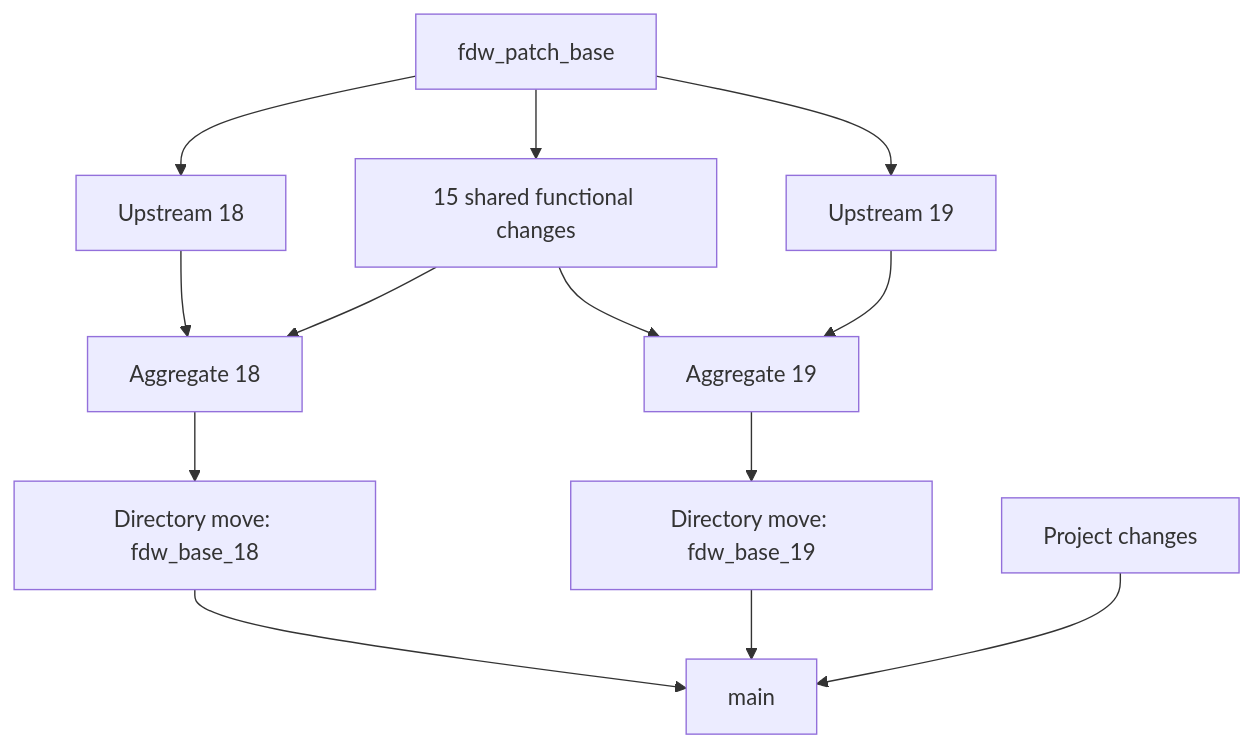
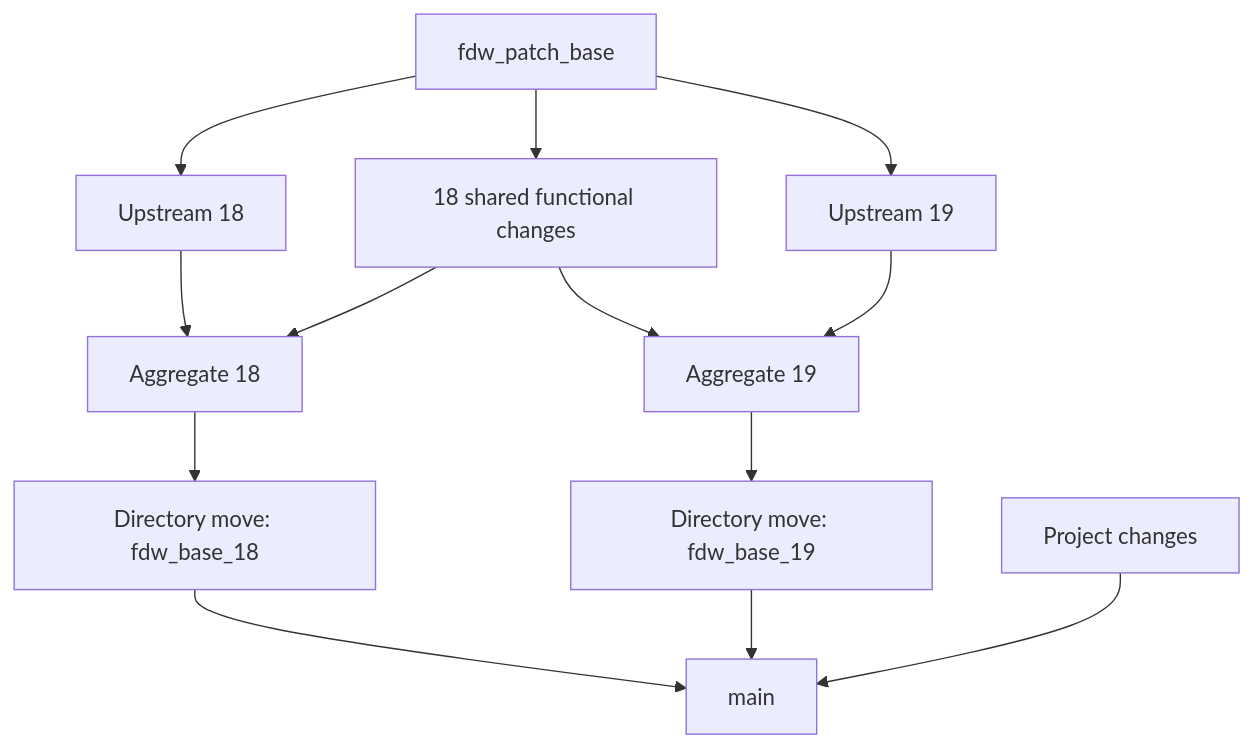
One commit to mkleczek/pgwrh changed the diagram in pgwrh_fdw/UPSTREAM.md. Above: the diagram before and after it, drawn with Mermaid. The commit also changed other lines of this file and 7 other files, not shown here.

````diff
--- a/pgwrh_fdw/UPSTREAM.md
+++ b/pgwrh_fdw/UPSTREAM.md
@@ -37,15 +37,15 @@
 ```mermaid
 graph TD
     B[fdw_patch_base] --> U18[Upstream 18]
-    B --> P[15 shared functional changes]
+    B --> P[18 shared functional changes]
     B --> U19[Upstream 19]
     U18 --> A18[Aggregate 18]
     P --> A18
     P --> A19[Aggregate 19]
     U19 --> A19
     A18 --> M18[Directory move: fdw_base_18]
     A19 --> M19[Directory move: fdw_base_19]
     M18 --> MAIN[main]
     M19 --> MAIN
     PROJECT[Project changes] --> MAIN
 ```
````
